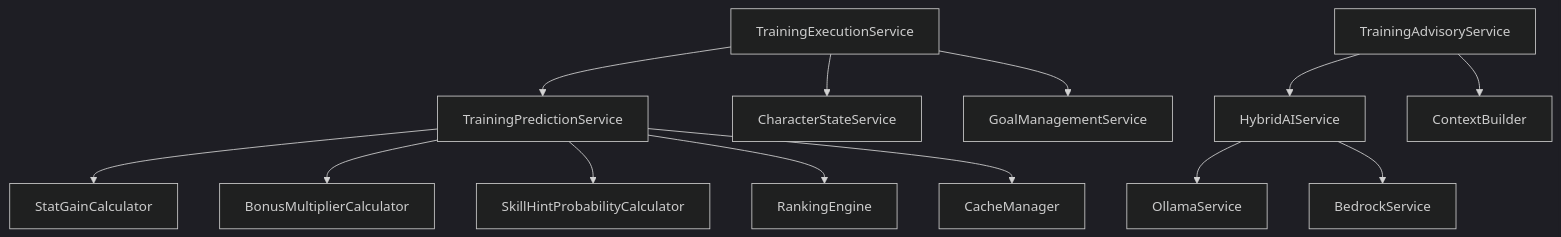
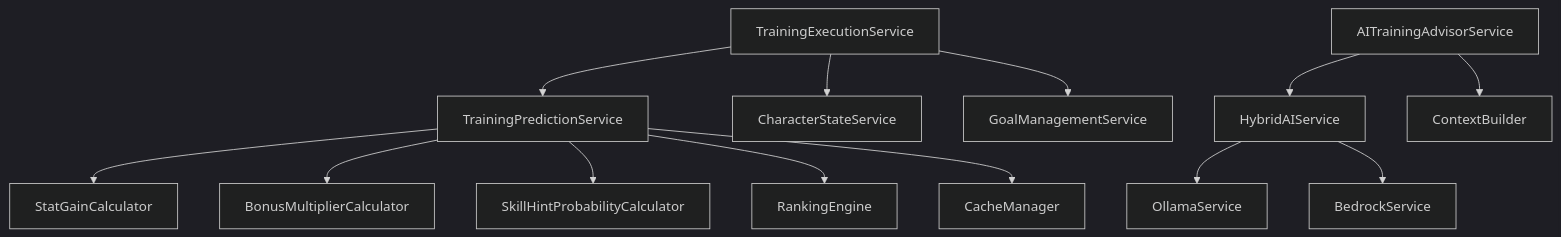
One commit to exatfrds67/umamusume-career-planner changed the sixth of 7 diagrams in docs/01-tech-flow/TECH-FLOW-002_Training_Optimization_Flow.md. Above: the diagram before and after it, drawn with Mermaid (dark theme). The commit also changed other lines of this file and 58 other files, not shown here.

Commit message:
docs(flow): fix markdownlint errors in diagrams, flows, sequences, tech-flow, user-flows, and wireframes

````diff
--- a/docs/01-tech-flow/TECH-FLOW-002_Training_Optimization_Flow.md
+++ b/docs/01-tech-flow/TECH-FLOW-002_Training_Optimization_Flow.md
@@ -1205,18 +1205,18 @@
 ```mermaid
 flowchart TD
     TrainingPredictionService --> StatGainCalculator
     TrainingPredictionService --> BonusMultiplierCalculator
     TrainingPredictionService --> SkillHintProbabilityCalculator
     TrainingPredictionService --> RankingEngine
     TrainingPredictionService --> CacheManager
     
     TrainingExecutionService --> TrainingPredictionService
     TrainingExecutionService --> CharacterStateService
     TrainingExecutionService --> GoalManagementService
     
-    TrainingAdvisoryService --> HybridAIService
-    TrainingAdvisoryService --> ContextBuilder
+    AITrainingAdvisorService --> HybridAIService
+    AITrainingAdvisorService --> ContextBuilder
     
     HybridAIService --> OllamaService
     HybridAIService --> BedrockService
 ```
````
